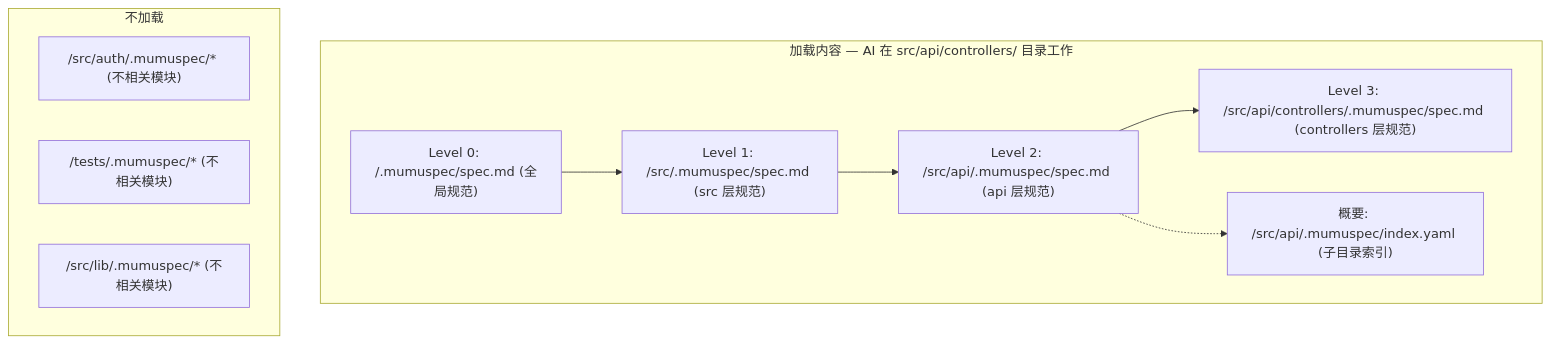
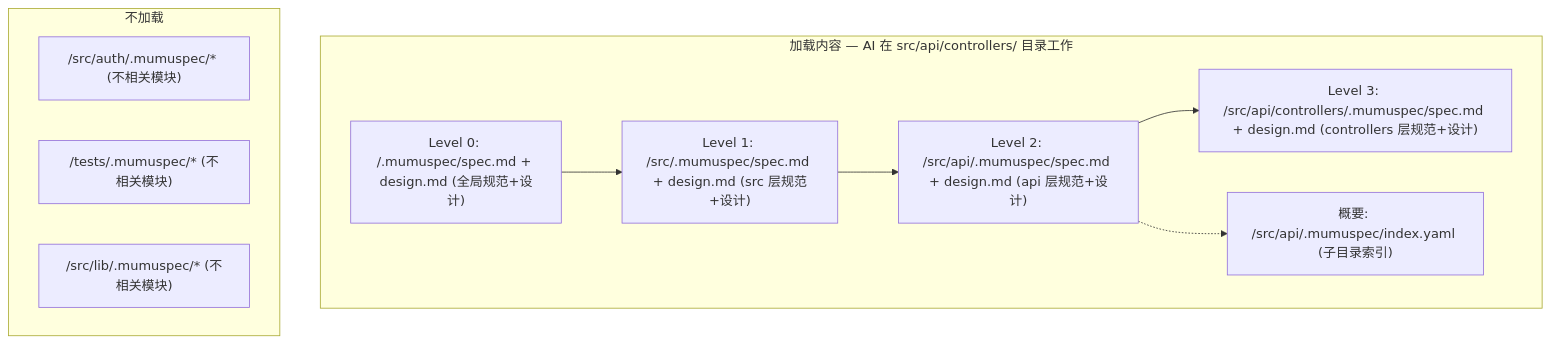
Before and after one commit to luckyMUMU/mumuspec: the fifth of 15 diagrams in docs/design.md, drawn with Mermaid. The commit also changed other lines of this file, not shown here.

````diff
--- a/docs/design.md
+++ b/docs/design.md
@@ -229,17 +249,17 @@
 ```mermaid
 graph TD
     subgraph Loaded["加载内容 — AI 在 src/api/controllers/ 目录工作"]
-        L0["Level 0: /.mumuspec/spec.md (全局规范)"]
-        L1["Level 1: /src/.mumuspec/spec.md (src 层规范)"]
-        L2["Level 2: /src/api/.mumuspec/spec.md (api 层规范)"]
-        L3["Level 3: /src/api/controllers/.mumuspec/spec.md (controllers 层规范)"]
+        L0["Level 0: /.mumuspec/spec.md + design.md (全局规范+设计)"]
+        L1["Level 1: /src/.mumuspec/spec.md + design.md (src 层规范+设计)"]
+        L2["Level 2: /src/api/.mumuspec/spec.md + design.md (api 层规范+设计)"]
+        L3["Level 3: /src/api/controllers/.mumuspec/spec.md + design.md (controllers 层规范+设计)"]
         IDX["概要: /src/api/.mumuspec/index.yaml (子目录索引)"]
         L0 --> L1 --> L2 --> L3
         L2 -.-> IDX
     end
     subgraph NotLoaded["不加载"]
         N1["/src/auth/.mumuspec/* (不相关模块)"]
         N2["/tests/.mumuspec/* (不相关模块)"]
         N3["/src/lib/.mumuspec/* (不相关模块)"]
     end
 ```
````
